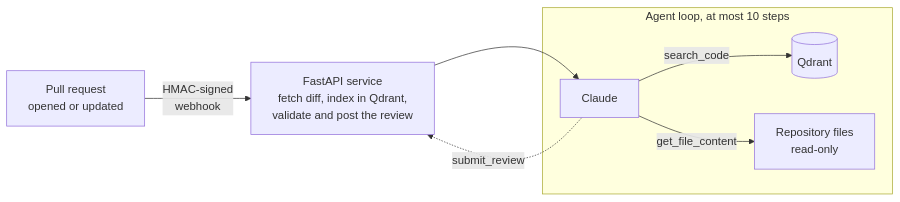
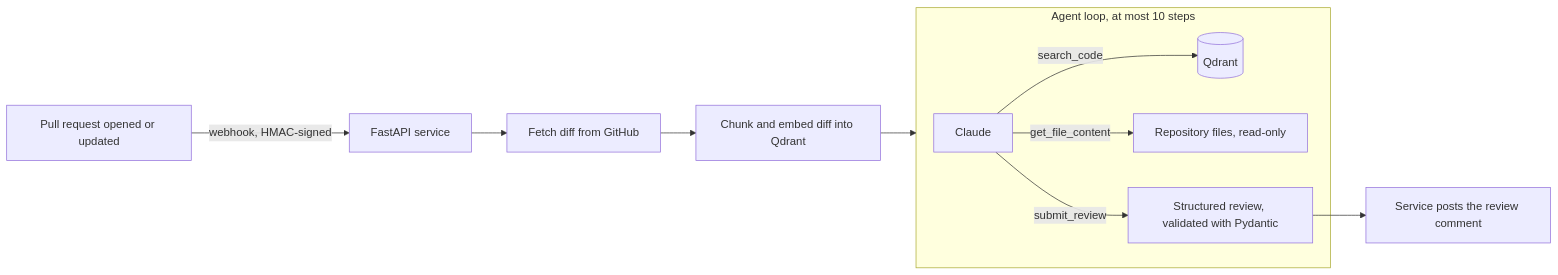
One commit to Miao0404/pr-review-assistant changed the diagram in README.md. Above: the diagram before and after it, drawn with Mermaid.

Commit message:
Restore detailed architecture diagram

````diff
--- a/README.md
+++ b/README.md
@@ -9,10 +9,13 @@
 ```mermaid
 flowchart LR
-    PR["Pull request<br/>opened or updated"] -->|"HMAC-signed<br/>webhook"| SVC["FastAPI service<br/>fetch diff, index in Qdrant,<br/>validate and post the review"]
-    SVC --> LLM
+    PR["Pull request opened or updated"] -->|"webhook, HMAC-signed"| API["FastAPI service"]
+    API --> DIFF["Fetch diff from GitHub"]
+    DIFF --> IDX["Chunk and embed diff into Qdrant"]
+    IDX --> LOOP
     subgraph LOOP["Agent loop, at most 10 steps"]
         LLM["Claude"] -->|"search_code"| VEC[("Qdrant")]
-        LLM -->|"get_file_content"| REPO["Repository files<br/>read-only"]
+        LLM -->|"get_file_content"| REPO["Repository files, read-only"]
+        LLM -->|"submit_review"| OUT["Structured review, validated with Pydantic"]
     end
-    LLM -.->|"submit_review"| SVC
+    OUT --> POST["Service posts the review comment"]
 ```
````
